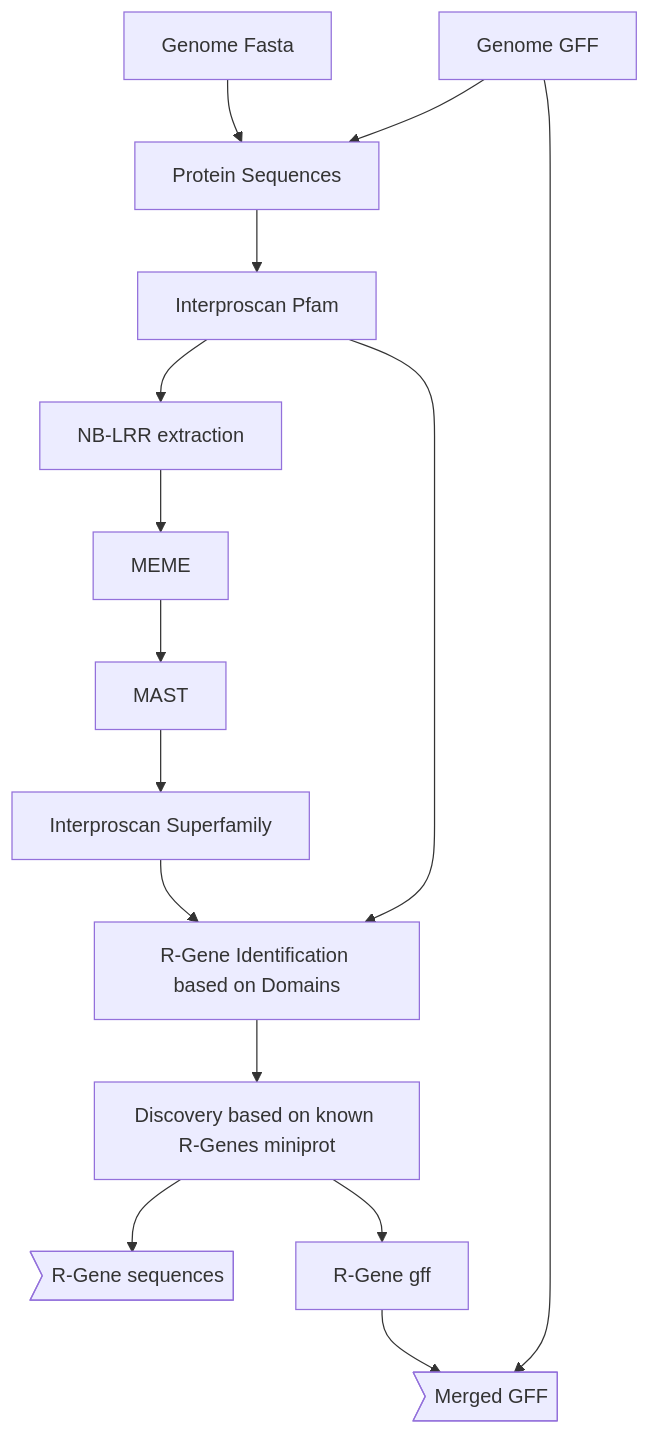
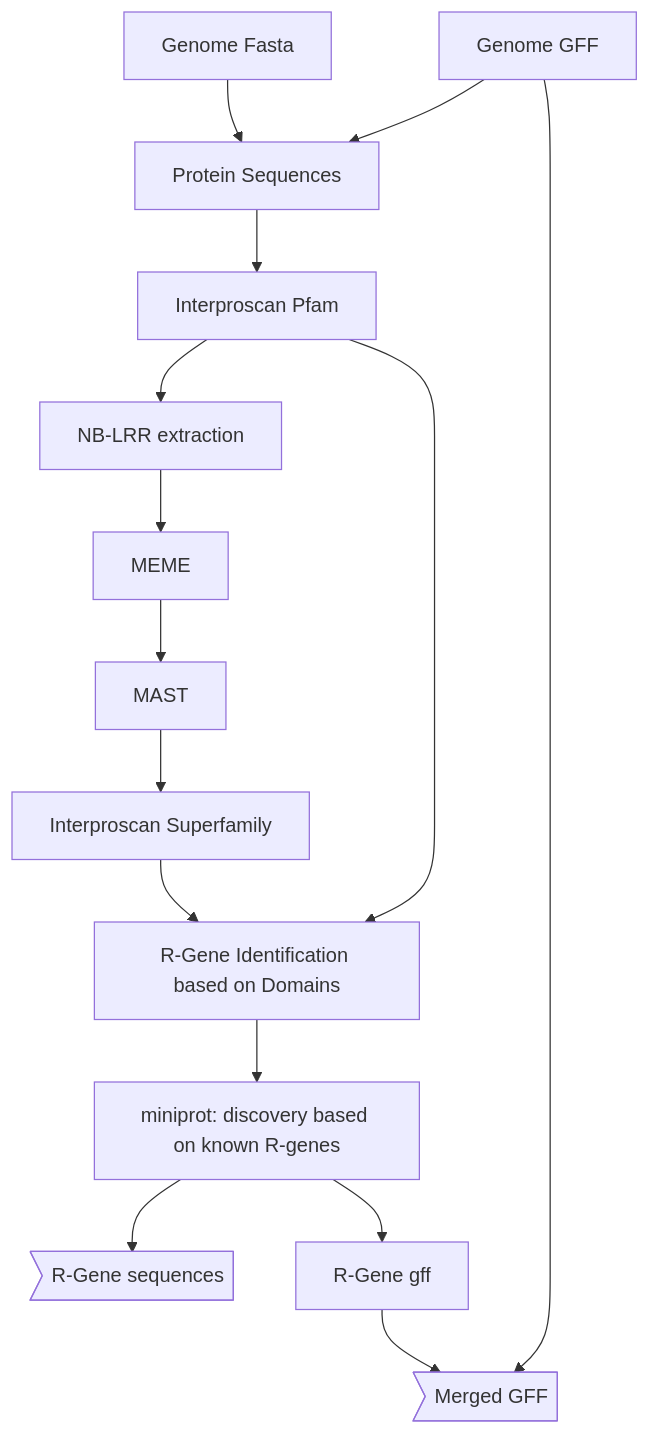
The second of 2 diagrams in README.md (nschan/nf-annotate), drawn with Mermaid before and after one commit. The commit also changed other lines of this file, not shown here.

````diff
--- a/README.md
+++ b/README.md
@@ -70,17 +71,17 @@
 ```mermaid
 graph TD;
   fasta[Genome Fasta] --> protseqs[Protein Sequences]
   ingff[Genome GFF] --> protseqs[Protein Sequences]
   protseqs --> pfam[Interproscan Pfam]
   pfam --> nbarc[NB-LRR extraction]
   nbarc --> meme[MEME]
   meme --> mast[MAST]
   mast --> superfam[Interproscan Superfamily]
   pfam --> rgdomains[R-Gene Identification based on Domains]
   superfam --> rgdomains
-  rgdomains --> miniprot[Discovery based on known R-Genes miniprot]
+  rgdomains --> miniprot[miniprot: discovery based on known R-genes]
   miniprot --> seqs>R-Gene sequences]
   miniprot --> rgff[R-Gene gff]
   ingff --> mergegff>Merged GFF]
   rgff --> mergegff
 ```
````
